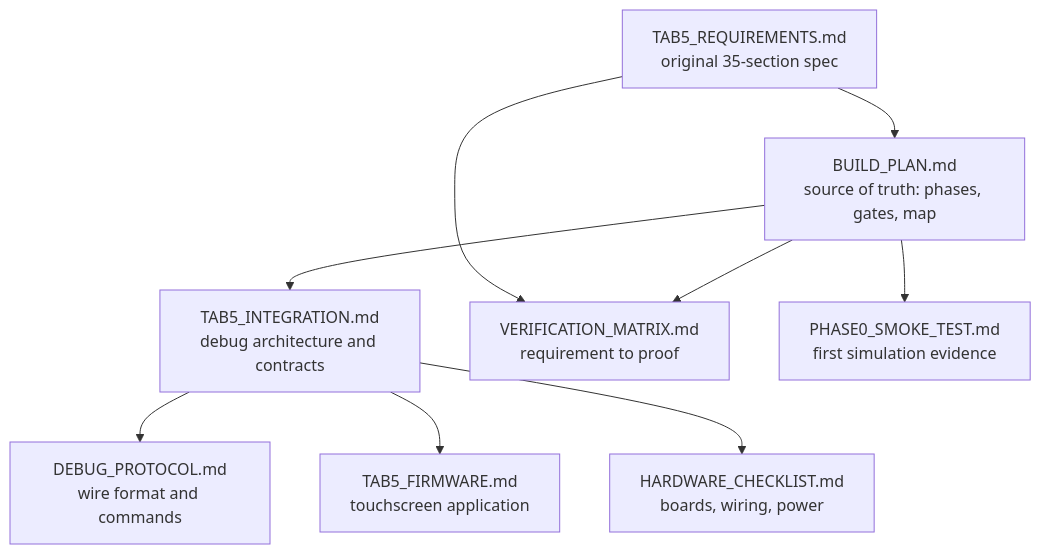
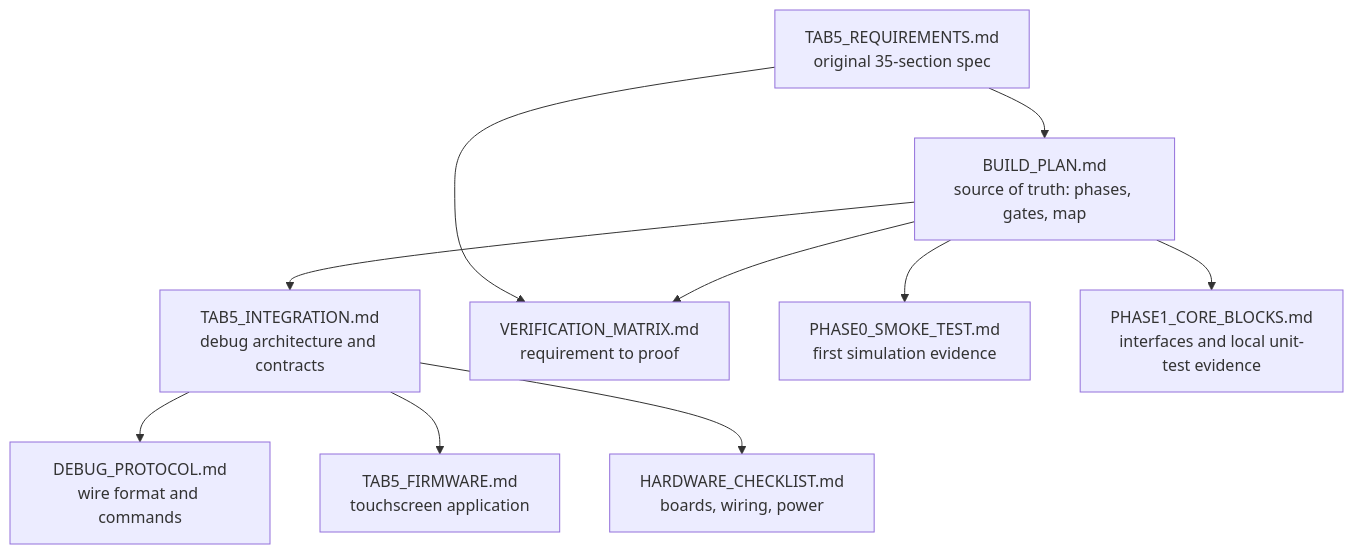
The diagram in docs/README.md (Nishant150876/risc-v-computer), drawn with Mermaid before and after one commit. The commit also changed other lines of this file and 26 other files, not shown here.

````diff
--- a/docs/README.md
+++ b/docs/README.md
@@ -21,11 +21,12 @@
 ```mermaid
 flowchart TD
     REQ["TAB5_REQUIREMENTS.md<br/>original 35-section spec"] --> PLAN["BUILD_PLAN.md<br/>source of truth: phases, gates, map"]
     PLAN --> INT["TAB5_INTEGRATION.md<br/>debug architecture and contracts"]
     INT --> PROTO["DEBUG_PROTOCOL.md<br/>wire format and commands"]
     INT --> FW["TAB5_FIRMWARE.md<br/>touchscreen application"]
     INT --> HW["HARDWARE_CHECKLIST.md<br/>boards, wiring, power"]
     REQ --> VM["VERIFICATION_MATRIX.md<br/>requirement to proof"]
     PLAN --> VM
     PLAN --> SMOKE["PHASE0_SMOKE_TEST.md<br/>first simulation evidence"]
+    PLAN --> BLOCKS["PHASE1_CORE_BLOCKS.md<br/>interfaces and local unit-test evidence"]
 ```
````
